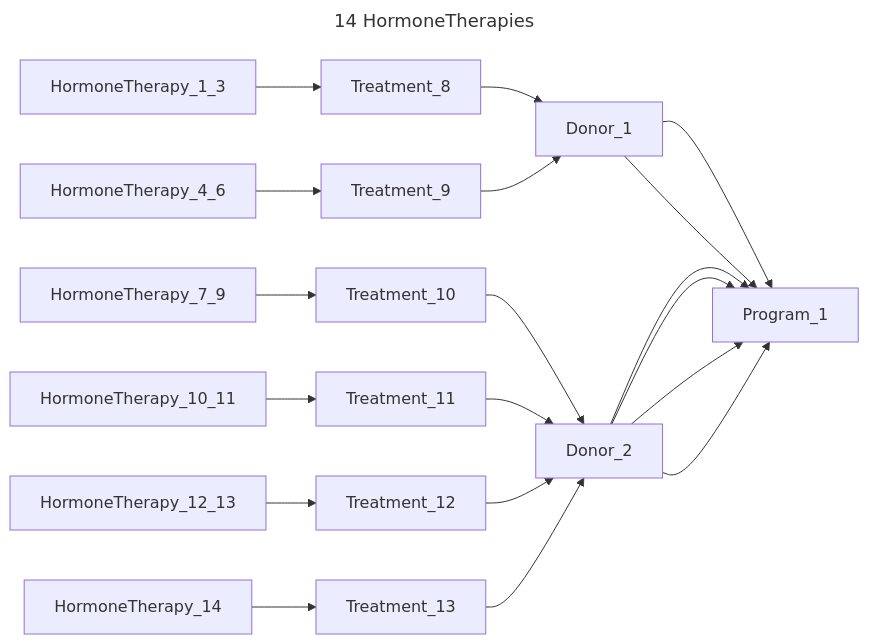
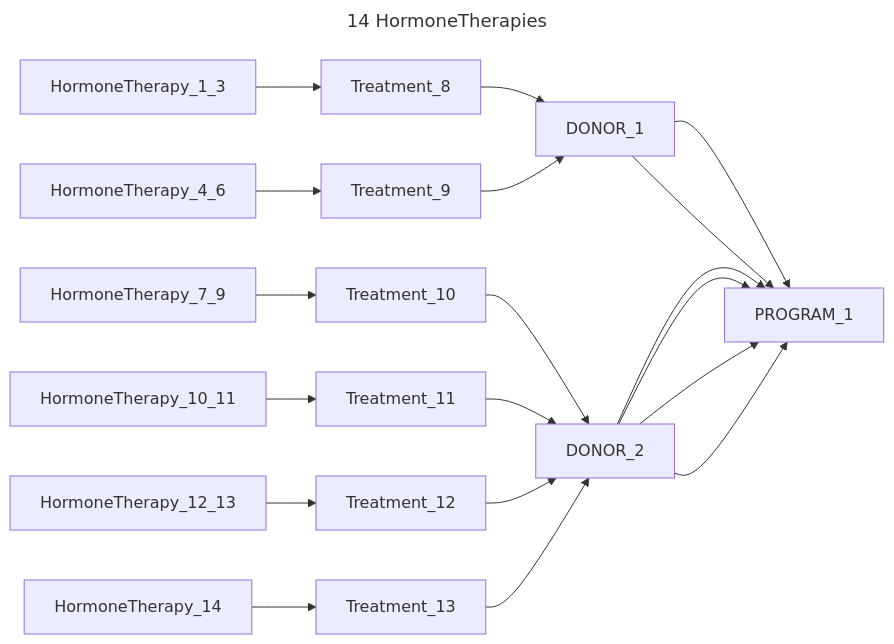
One commit to CanDIG/katsu changed the seventh of 14 diagrams in chord_metadata_service/mohpackets/data/small_dataset/README.md. Above: the diagram before and after it, drawn with Mermaid. The commit also changed other lines of this file and 2 other files, not shown here.

Commit message:
check mermaid diagrams

````diff
--- a/chord_metadata_service/mohpackets/data/small_dataset/README.md
+++ b/chord_metadata_service/mohpackets/data/small_dataset/README.md
@@ -119,12 +127,12 @@
 ```mermaid
 ---
 title: 14 HormoneTherapies
 ---
 graph LR;  
-  HormoneTherapy_1_3 --> Treatment_8 --> Donor_1 --> Program_1;  
-  HormoneTherapy_4_6 --> Treatment_9 --> Donor_1 --> Program_1;  
-  HormoneTherapy_7_9 --> Treatment_10 --> Donor_2 --> Program_1;  
-  HormoneTherapy_10_11 --> Treatment_11 --> Donor_2 --> Program_1;  
-  HormoneTherapy_12_13 --> Treatment_12 --> Donor_2 --> Program_1;  
-  HormoneTherapy_14 --> Treatment_13 --> Donor_2 --> Program_1;   
+  HormoneTherapy_1_3 --> Treatment_8 --> DONOR_1 --> PROGRAM_1;  
+  HormoneTherapy_4_6 --> Treatment_9 --> DONOR_1 --> PROGRAM_1;  
+  HormoneTherapy_7_9 --> Treatment_10 --> DONOR_2 --> PROGRAM_1;  
+  HormoneTherapy_10_11 --> Treatment_11 --> DONOR_2 --> PROGRAM_1;  
+  HormoneTherapy_12_13 --> Treatment_12 --> DONOR_2 --> PROGRAM_1;  
+  HormoneTherapy_14 --> Treatment_13 --> DONOR_2 --> PROGRAM_1;   
 ```
````
